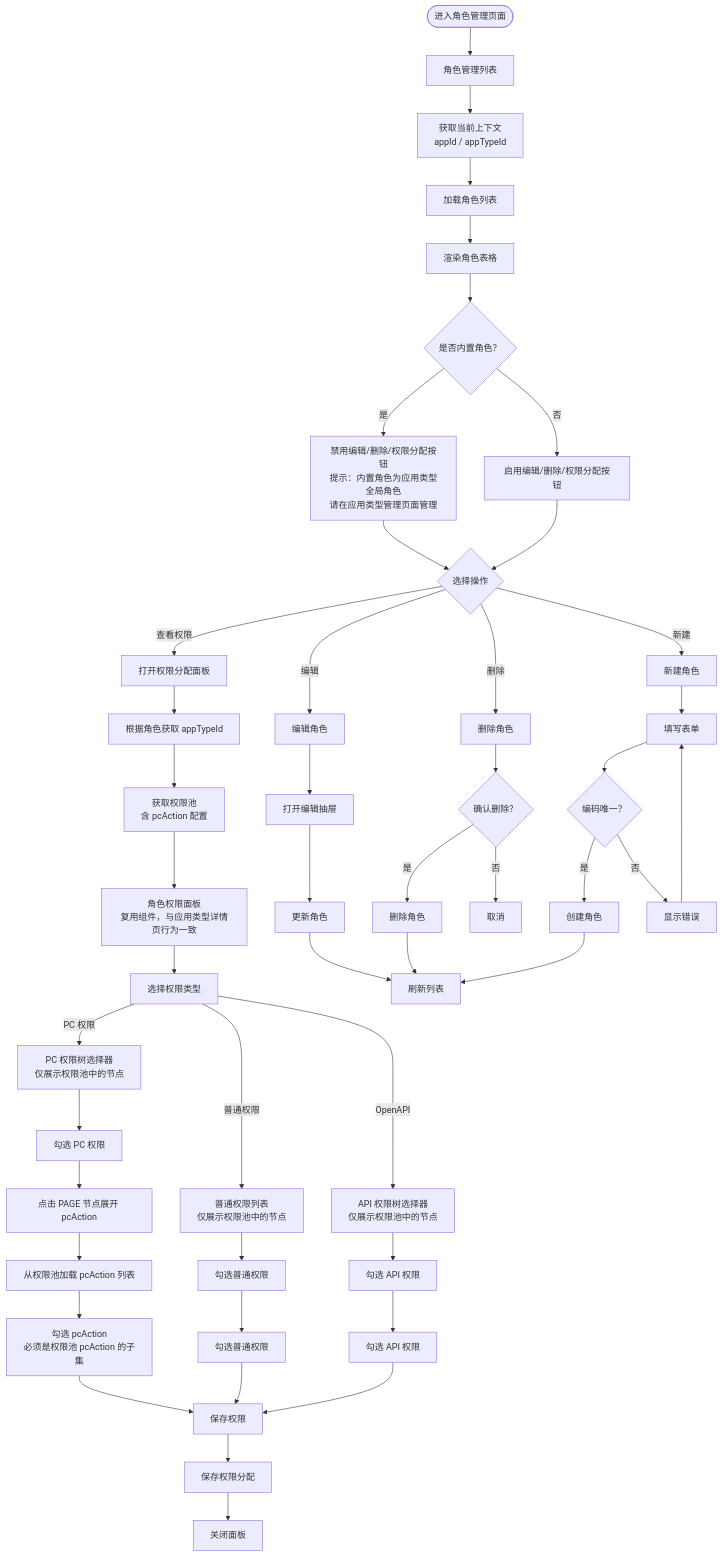
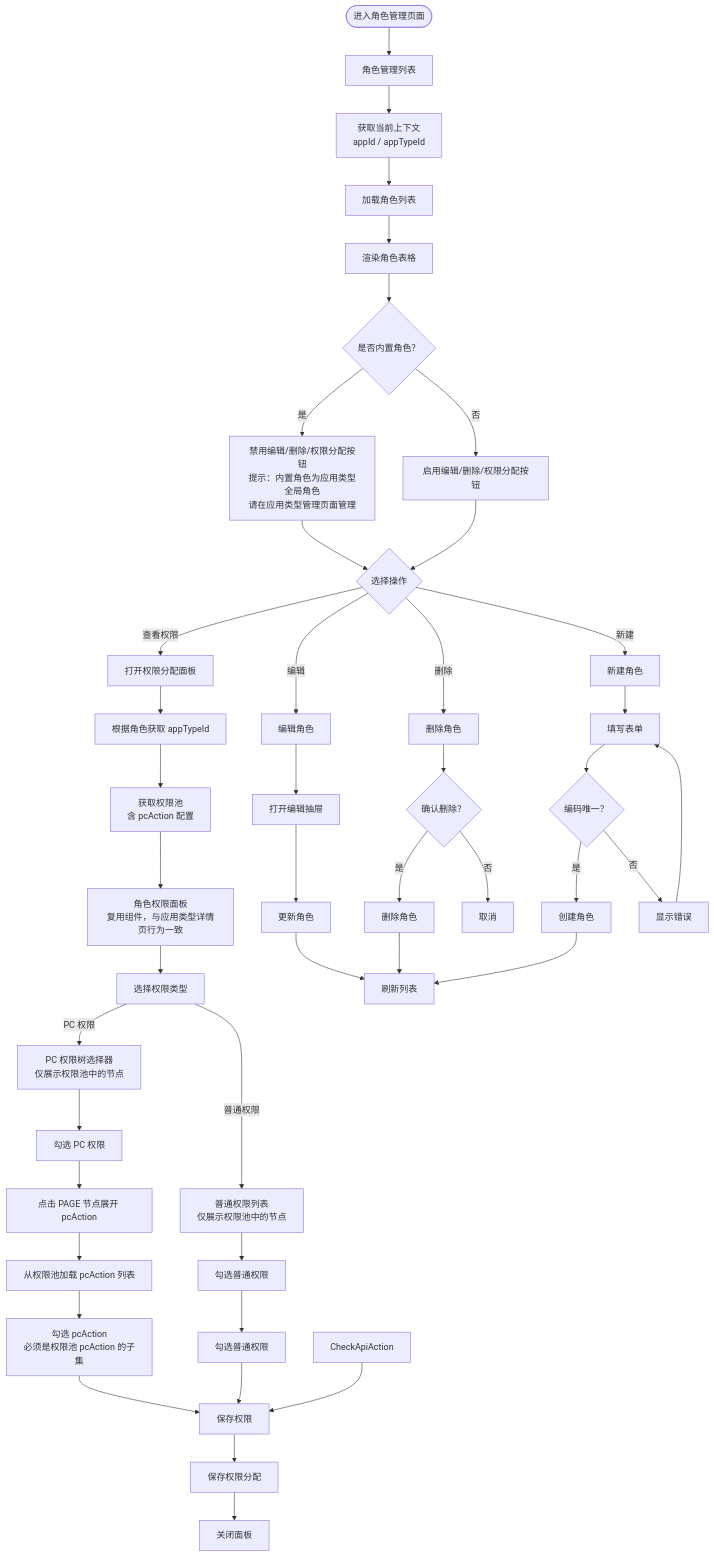
Before and after one commit to huyumo/moyan-mfw: the diagram in docs/pages/role-management.md, drawn with Mermaid. The commit also changed other lines of this file and 10 other files, not shown here.

````diff
--- a/docs/pages/role-management.md
+++ b/docs/pages/role-management.md
@@ -28,64 +28,61 @@
 ```mermaid
 flowchart TD
     Start([进入角色管理页面]) --> RoleList[角色管理列表]
 
     RoleList --> LoadContext[获取当前上下文<br/>appId / appTypeId]
     LoadContext --> LoadRoles[加载角色列表]
     LoadRoles --> RenderRoles[渲染角色表格]
 
     RenderRoles --> CheckBuiltin{是否内置角色？}
     CheckBuiltin -->|是 | DisableAll[禁用编辑/删除/权限分配按钮<br/>提示：内置角色为应用类型全局角色<br/>请在应用类型管理页面管理]
     CheckBuiltin -->|否 | EnableEdit[启用编辑/删除/权限分配按钮]
 
     DisableAll --> Action{选择操作}
     EnableEdit --> Action
 
     Action -->|查看权限 | PermissionPanel[打开权限分配面板]
     Action -->|编辑 | EditRole[编辑角色]
     Action -->|删除 | DeleteRole[删除角色]
     Action -->|新建 | CreateRole[新建角色]
 
     PermissionPanel --> GetAppTypeId[根据角色获取 appTypeId]
     GetAppTypeId --> GetPool[获取权限池<br/>含 pcAction 配置]
     GetPool --> RolePermissionPanel[角色权限面板<br/>复用组件，与应用类型详情页行为一致]
 
     RolePermissionPanel --> SelectPermType[选择权限类型]
 
     SelectPermType -->|PC 权限 | PcTreeSelect[PC 权限树选择器<br/>仅展示权限池中的节点]
     SelectPermType -->|普通权限 | CommonList[普通权限列表<br/>仅展示权限池中的节点]
-    SelectPermType -->|OpenAPI| ApiTreeSelect[API 权限树选择器<br/>仅展示权限池中的节点]
 
     PcTreeSelect --> CheckPc[勾选 PC 权限]
     CommonList --> CheckCommon[勾选普通权限]
-    ApiTreeSelect --> CheckApi[勾选 API 权限]
 
     CheckPc --> ExpandPcAction[点击 PAGE 节点展开 pcAction]
     CheckCommon --> CheckPcAction[勾选普通权限]
-    CheckApi --> CheckApiAction[勾选 API 权限]
 
     ExpandPcAction --> LoadPoolPcAction[从权限池加载 pcAction 列表]
     LoadPoolPcAction --> SelectPcAction[勾选 pcAction<br/>必须是权限池 pcAction 的子集]
 
     SelectPcAction --> SavePerm[保存权限]
     CheckPcAction --> SavePerm
     CheckApiAction --> SavePerm
 
     SavePerm --> SavePermConfirm[保存权限分配]
     SavePermConfirm --> ClosePanel[关闭面板]
 
     EditRole --> EditDrawer[打开编辑抽屉]
     EditDrawer --> UpdateRole[更新角色]
     UpdateRole --> RefreshList[刷新列表]
 
     DeleteRole --> Confirm{确认删除？}
     Confirm -->|是 | DeleteRoleConfirm[删除角色]
     Confirm -->|否 | Cancel1[取消]
     DeleteRoleConfirm --> RefreshList
 
     CreateRole --> CreateForm[填写表单]
     CreateForm --> Validate{编码唯一？}
     Validate -->|是 | CreateRoleConfirm[创建角色]
     Validate -->|否 | ShowError[显示错误]
     CreateRoleConfirm --> RefreshList
     ShowError --> CreateForm
 ```
````
